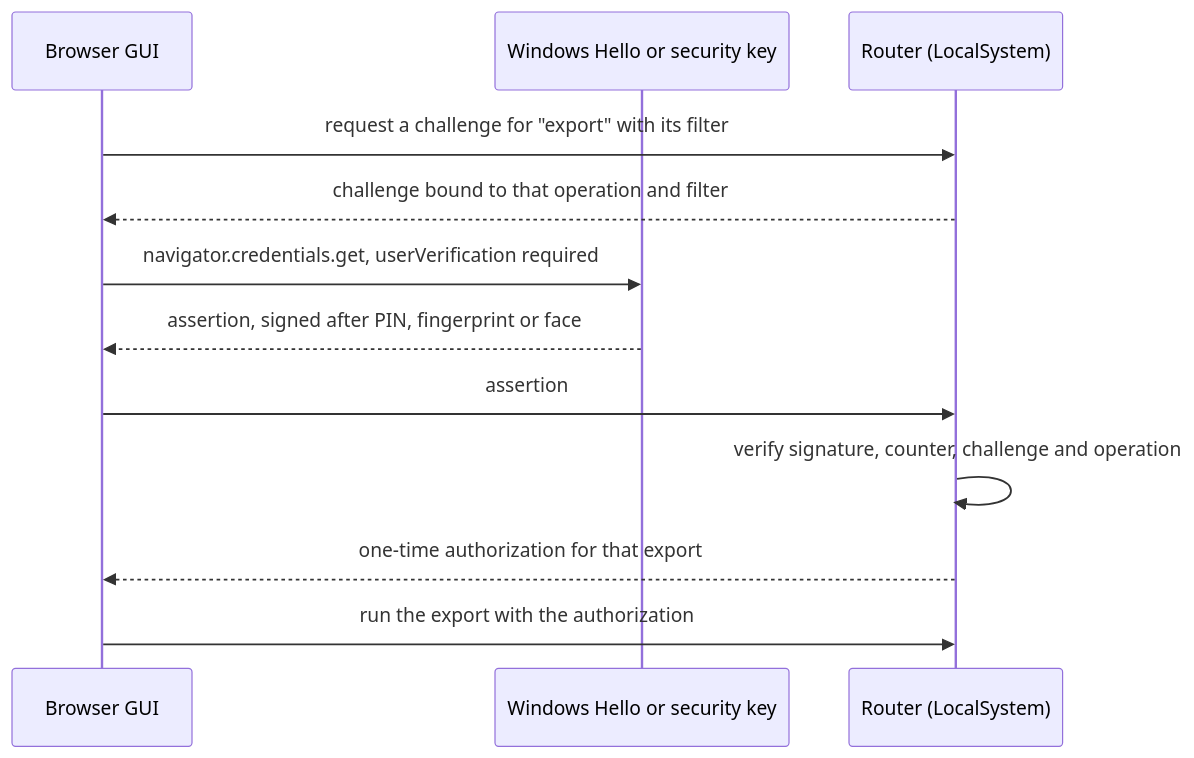
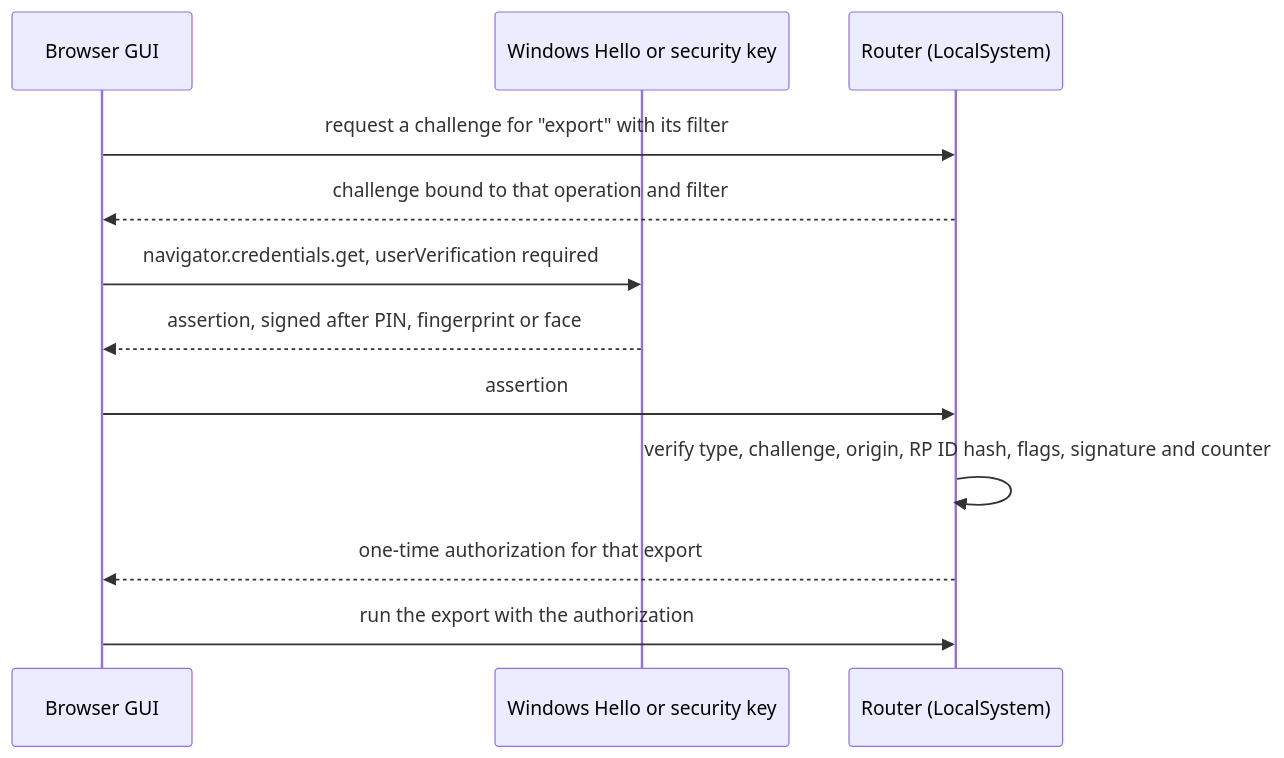
The diagram in docs/adr/0020-require-passkey-verification-for-conversation-content.md (davidpizon/TotallyHot-ArcRouter), drawn with Mermaid before and after one commit. The commit also changed other lines of this file and 1 other file, not shown here.

````diff
--- a/docs/adr/0020-require-passkey-verification-for-conversation-content.md
+++ b/docs/adr/0020-require-passkey-verification-for-conversation-content.md
@@ -62,14 +62,14 @@
 ```mermaid
 sequenceDiagram
     participant GUI as Browser GUI
     participant Auth as Windows Hello or security key
     participant R as Router (LocalSystem)
     GUI->>R: request a challenge for "export" with its filter
     R-->>GUI: challenge bound to that operation and filter
     GUI->>Auth: navigator.credentials.get, userVerification required
     Auth-->>GUI: assertion, signed after PIN, fingerprint or face
     GUI->>R: assertion
-    R->>R: verify signature, counter, challenge and operation
+    R->>R: verify type, challenge, origin, RP ID hash, flags, signature and counter
     R-->>GUI: one-time authorization for that export
     GUI->>R: run the export with the authorization
 ```
````
